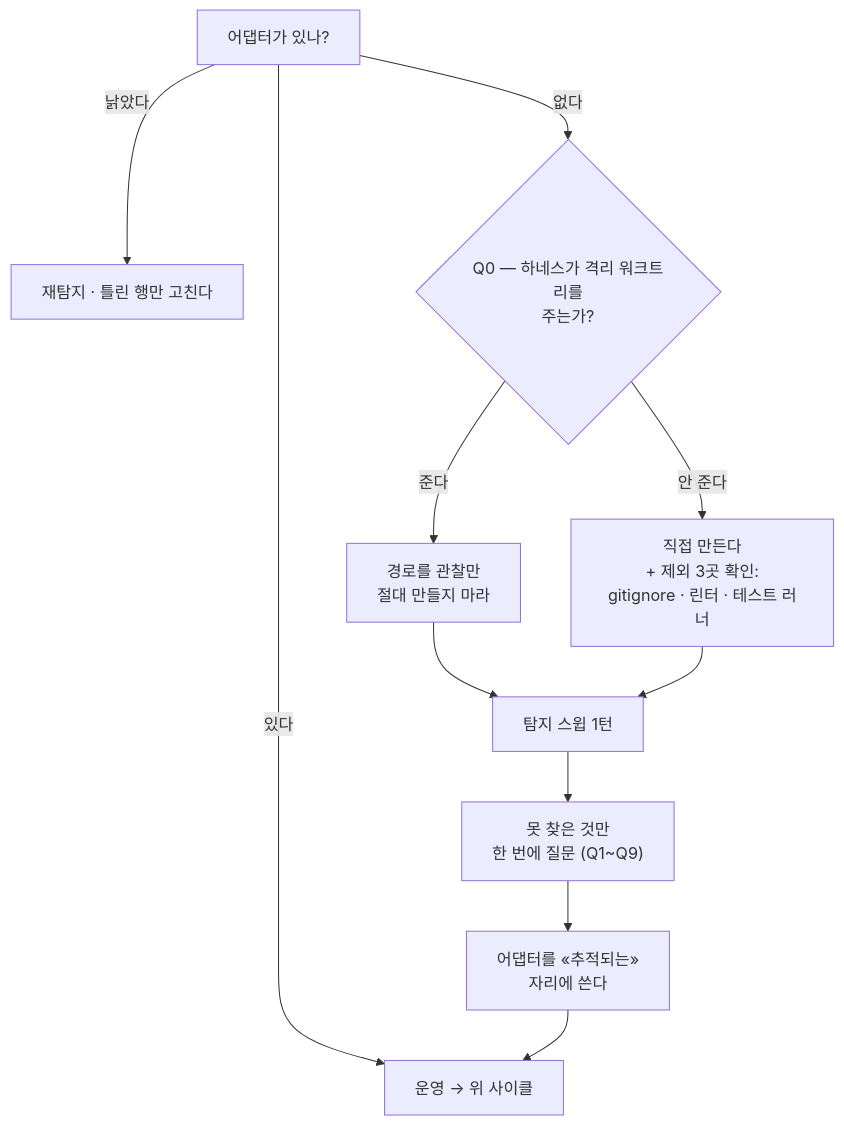
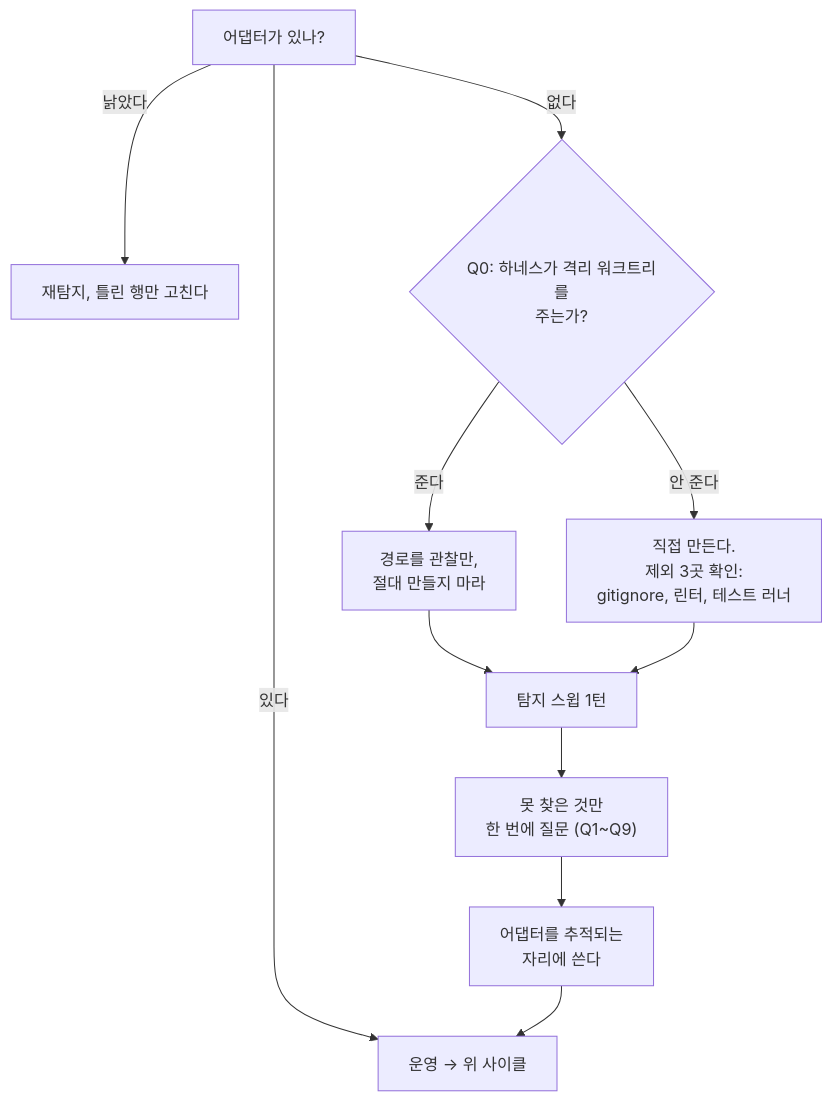
The second of 2 diagrams in README.ko.md (sh5623/parallel-worktree), drawn with Mermaid before and after one commit. The commit also changed other lines of this file and 1 other file, not shown here.

````diff
--- a/README.ko.md
+++ b/README.ko.md
@@ -134,13 +160,13 @@
 ```mermaid
 flowchart TD
     S["어댑터가 있나?"] -->|있다| OP["운영 → 위 사이클"]
-    S -->|낡았다| RP["재탐지 · 틀린 행만 고친다"]
-    S -->|없다| Q0{"Q0 — 하네스가 격리 워크트리를<br/>주는가?"}
-    Q0 -->|준다| OBS["경로를 관찰만<br/>절대 만들지 마라"]
-    Q0 -->|안 준다| MK["직접 만든다<br/>+ 제외 3곳 확인:<br/>gitignore · 린터 · 테스트 러너"]
+    S -->|낡았다| RP["재탐지, 틀린 행만 고친다"]
+    S -->|없다| Q0{"Q0: 하네스가 격리 워크트리를<br/>주는가?"}
+    Q0 -->|준다| OBS["경로를 관찰만,<br/>절대 만들지 마라"]
+    Q0 -->|안 준다| MK["직접 만든다.<br/>제외 3곳 확인:<br/>gitignore, 린터, 테스트 러너"]
     OBS --> SWEEP["탐지 스윕 1턴"]
     MK --> SWEEP
     SWEEP --> ASK["못 찾은 것만<br/>한 번에 질문 (Q1~Q9)"]
-    ASK --> AD["어댑터를 «추적되는»<br/>자리에 쓴다"]
+    ASK --> AD["어댑터를 추적되는<br/>자리에 쓴다"]
     AD --> OP
 ```
````
